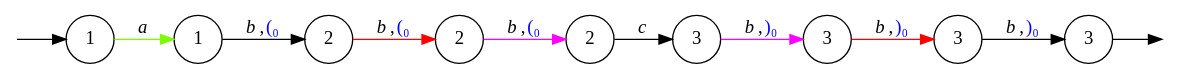
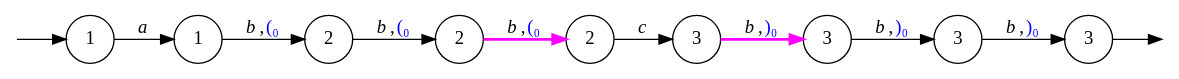
One commit to 0Marble/lgraphs changed the diagram in presentation/graphs/graph1_path5.dot. Above: the diagram before and after it, drawn with Graphviz. The commit also changed 18 other files, not shown here.

```diff
--- a/presentation/graphs/graph1_path5.dot
+++ b/presentation/graphs/graph1_path5.dot
@@ -1,26 +1,26 @@
 digraph {
 	node [shape=circle];
 	Q0 [style=invisible, height=0, width=0, fixedsize=true];
 	Q1 [style=invisible, height=0, width=0, fixedsize=true];
 	graph [rankdir="LR"];
 	0 [label=1];
 	1 [label=1];
 	2 [label=2];
 	3 [label=2];
 	4 [label=2];
 	5 [label=3];
 	6 [label=3];
 	7 [label=3];
 	8 [label=3];
 	
 	Q0 -> 0;
 	8 -> Q1;
-	0 -> 1  [label=<<i>a</i>>, color = lawngreen ];
+	0 -> 1  [label=<<i>a</i>> ];
 	1 -> 2  [label=<<i>b</i>,<FONT COLOR="blue">(₀</FONT>> ];
-	2 -> 3  [label=<<i>b</i>,<FONT COLOR="blue">(₀</FONT>>,color=red ];
-	3 -> 4  [label=<<i>b</i>,<FONT COLOR="blue">(₀</FONT>>,color=fuchsia ];
+	2 -> 3  [label=<<i>b</i>,<FONT COLOR="blue">(₀</FONT>> ];
+	3 -> 4  [label=<<i>b</i>,<FONT COLOR="blue">(₀</FONT>>,color=fuchsia , style=bold];
 	4 -> 5  [label=<<i>c</i>> ];
-	5 -> 6  [label=<<i>b</i>,<FONT COLOR="blue">)₀</FONT>>,color=fuchsia ];
-	6 -> 7  [label=<<i>b</i>,<FONT COLOR="blue">)₀</FONT>>,color=red ];
+	5 -> 6  [label=<<i>b</i>,<FONT COLOR="blue">)₀</FONT>>,color=fuchsia , style=bold];
+	6 -> 7  [label=<<i>b</i>,<FONT COLOR="blue">)₀</FONT>> ];
 	7 -> 8  [label=<<i>b</i>,<FONT COLOR="blue">)₀</FONT>> ];
 }
```
